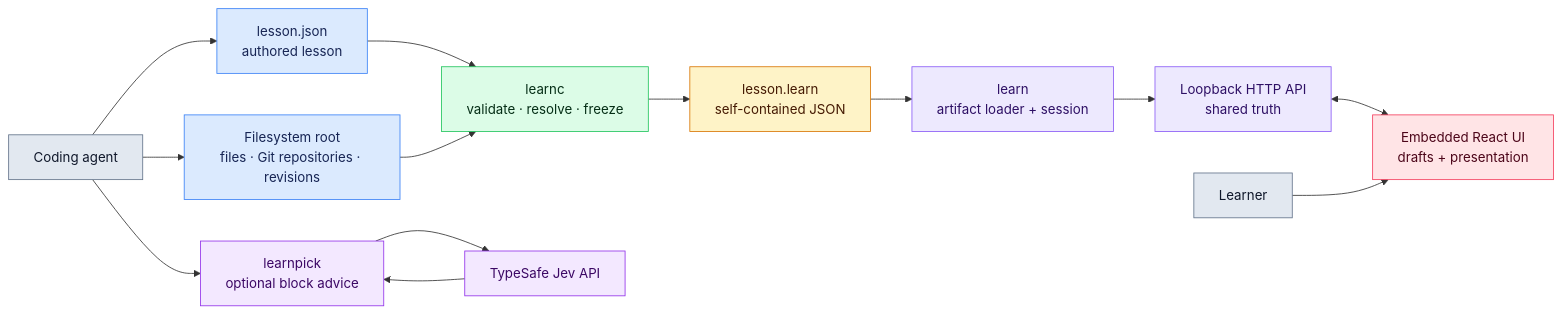
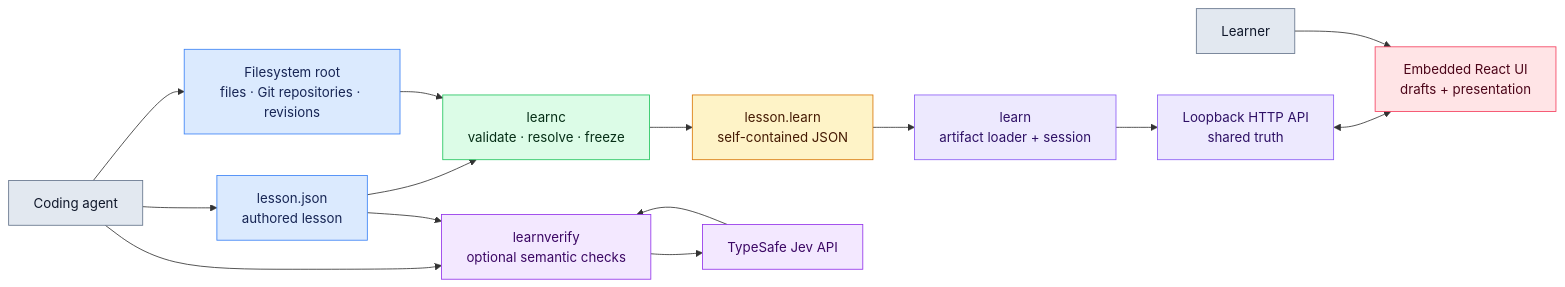
Before and after one commit to negative-nilgiri/teacher: the first of 5 diagrams in docs/DEVELOPMENT.md, drawn with Mermaid. The commit also changed other lines of this file and 5 other files, not shown here.

````diff
--- a/docs/DEVELOPMENT.md
+++ b/docs/DEVELOPMENT.md
@@ -90,41 +94,42 @@
 ```mermaid
 flowchart LR
     Agent["Coding agent"]
     Learner["Learner"]
     Source["lesson.json<br/>authored lesson"]
     Repo["Filesystem root<br/>files · Git repositories · revisions"]
     Compiler["learnc<br/>validate · resolve · freeze"]
     Artifact["lesson.learn<br/>self-contained JSON"]
     Runtime["learn<br/>artifact loader + session"]
     Api["Loopback HTTP API<br/>shared truth"]
     Browser["Embedded React UI<br/>drafts + presentation"]
-    Picker["learnpick<br/>optional block advice"]
+    Verifier["learnverify<br/>optional semantic checks"]
     Jev["TypeSafe Jev API"]
 
     Agent --> Source
     Agent --> Repo
-    Agent --> Picker --> Jev --> Picker
+    Agent --> Verifier --> Jev --> Verifier
+    Source --> Verifier
     Source --> Compiler
     Repo --> Compiler
     Compiler --> Artifact
     Artifact --> Runtime
     Runtime --> Api
     Api <--> Browser
     Learner --> Browser
 
     classDef actor fill:#e2e8f0,stroke:#64748b,color:#0f172a
     classDef input fill:#dbeafe,stroke:#3b82f6,color:#172554
     classDef compiler fill:#dcfce7,stroke:#22c55e,color:#052e16
     classDef artifact fill:#fef3c7,stroke:#d97706,color:#451a03
     classDef runtime fill:#ede9fe,stroke:#8b5cf6,color:#2e1065
     classDef browser fill:#ffe4e6,stroke:#f43f5e,color:#4c0519
     classDef optional fill:#f3e8ff,stroke:#9333ea,color:#3b0764
 
     class Agent,Learner actor
     class Source,Repo input
     class Compiler compiler
     class Artifact artifact
     class Runtime,Api runtime
     class Browser browser
-    class Picker,Jev optional
+    class Verifier,Jev optional
 ```
````
